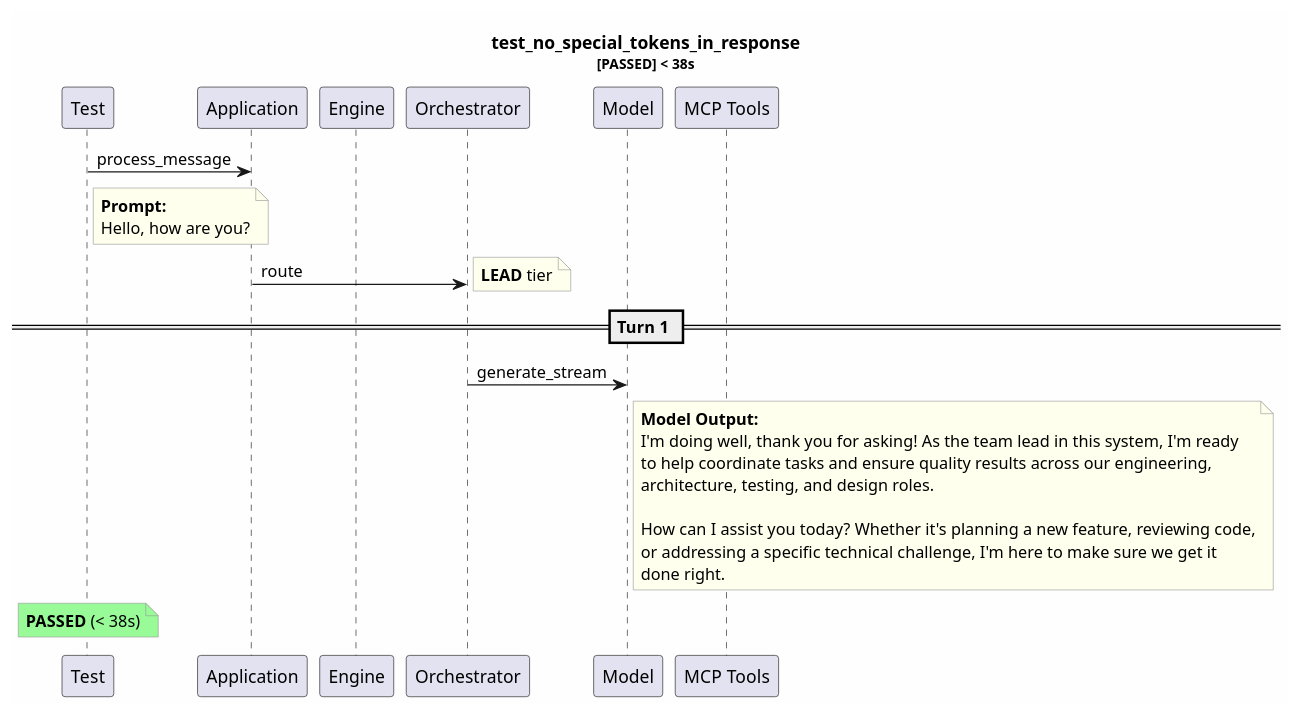
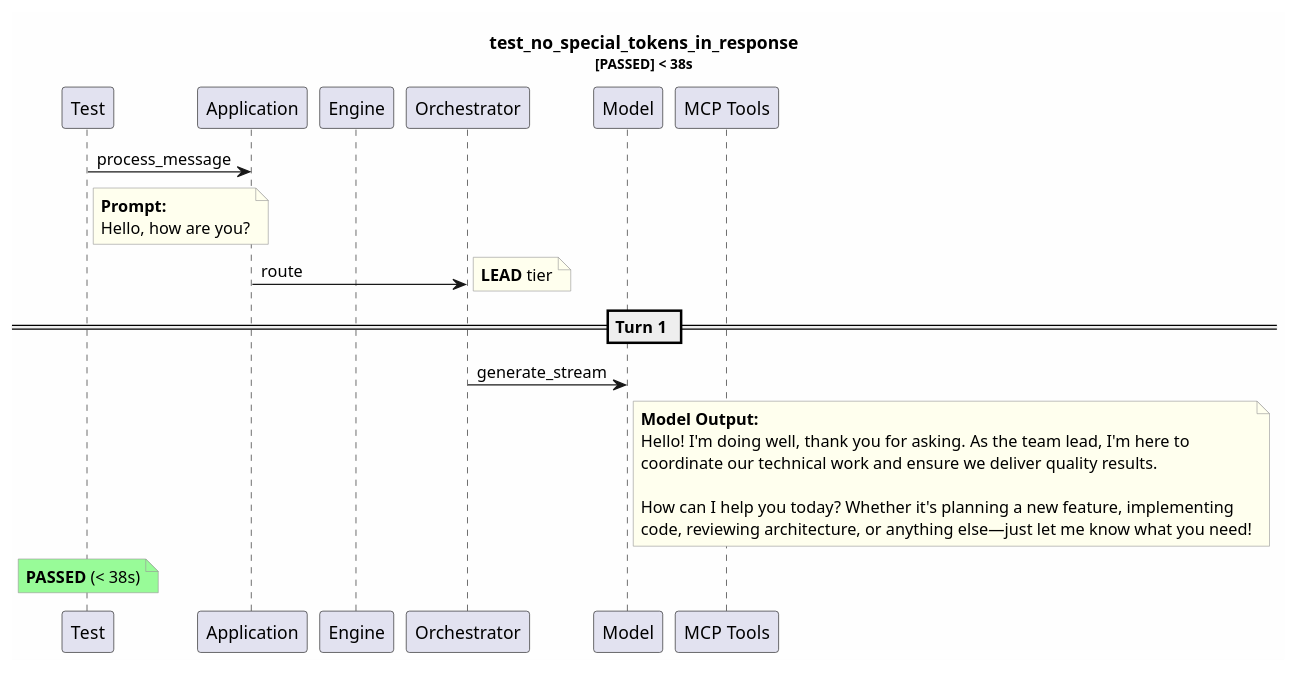
One commit to tvanfossen/entropic changed the diagram in test-reports/logs/test_no_special_tokens_in_response/test_no_special_tokens_in_response.puml. Above: the diagram before and after it, drawn with PlantUML. The commit also changed 10 other files, not shown here.

```diff
--- a/test-reports/logs/test_no_special_tokens_in_response/test_no_special_tokens_in_response.puml
+++ b/test-reports/logs/test_no_special_tokens_in_response/test_no_special_tokens_in_response.puml
@@ -1,37 +1,35 @@
 @startuml
 skinparam backgroundColor #FEFEFE
 skinparam noteBorderColor #999999
 skinparam noteBackgroundColor #FFFFEE
 title test_no_special_tokens_in_response\n<size:11>[PASSED] < 38s</size>
 
 participant "Test" as T
 participant "Application" as App
 participant "Engine" as Eng
 participant "Orchestrator" as Orch
 participant "Model" as Mdl
 participant "MCP Tools" as MCP
 
 T -> App: process_message
 note right of T
   **Prompt:**
   Hello, how are you?
 end note
 App -> Orch: route
 note right: **LEAD** tier
 == Turn 1 ==
 Orch -> Mdl: generate_stream
 note right of Mdl
   **Model Output:**
-  I'm doing well, thank you for asking! As the team lead in this system, I'm ready
-  to help coordinate tasks and ensure quality results across our engineering, 
-  architecture, testing, and design roles.
+  Hello! I'm doing well, thank you for asking. As the team lead, I'm here to 
+  coordinate our technical work and ensure we deliver quality results.
   
-  How can I assist you today? Whether it's planning a new feature, reviewing code,
-  or addressing a specific technical challenge, I'm here to make sure we get it 
-  done right.
+  How can I help you today? Whether it's planning a new feature, implementing 
+  code, reviewing architecture, or anything else—just let me know what you need!
 end note
 note over T #palegreen
   **PASSED** (< 38s)
 end note
 
 @enduml
```
